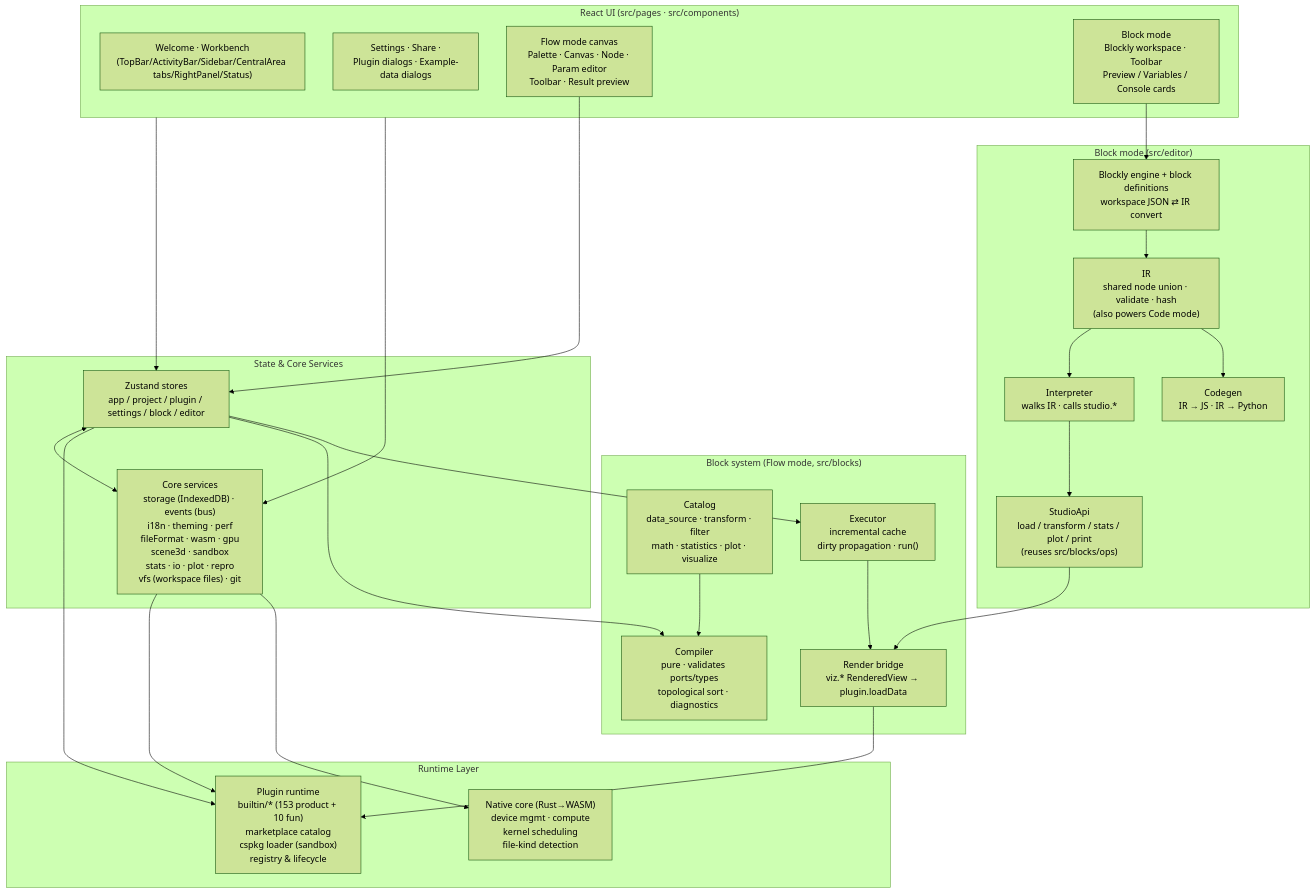
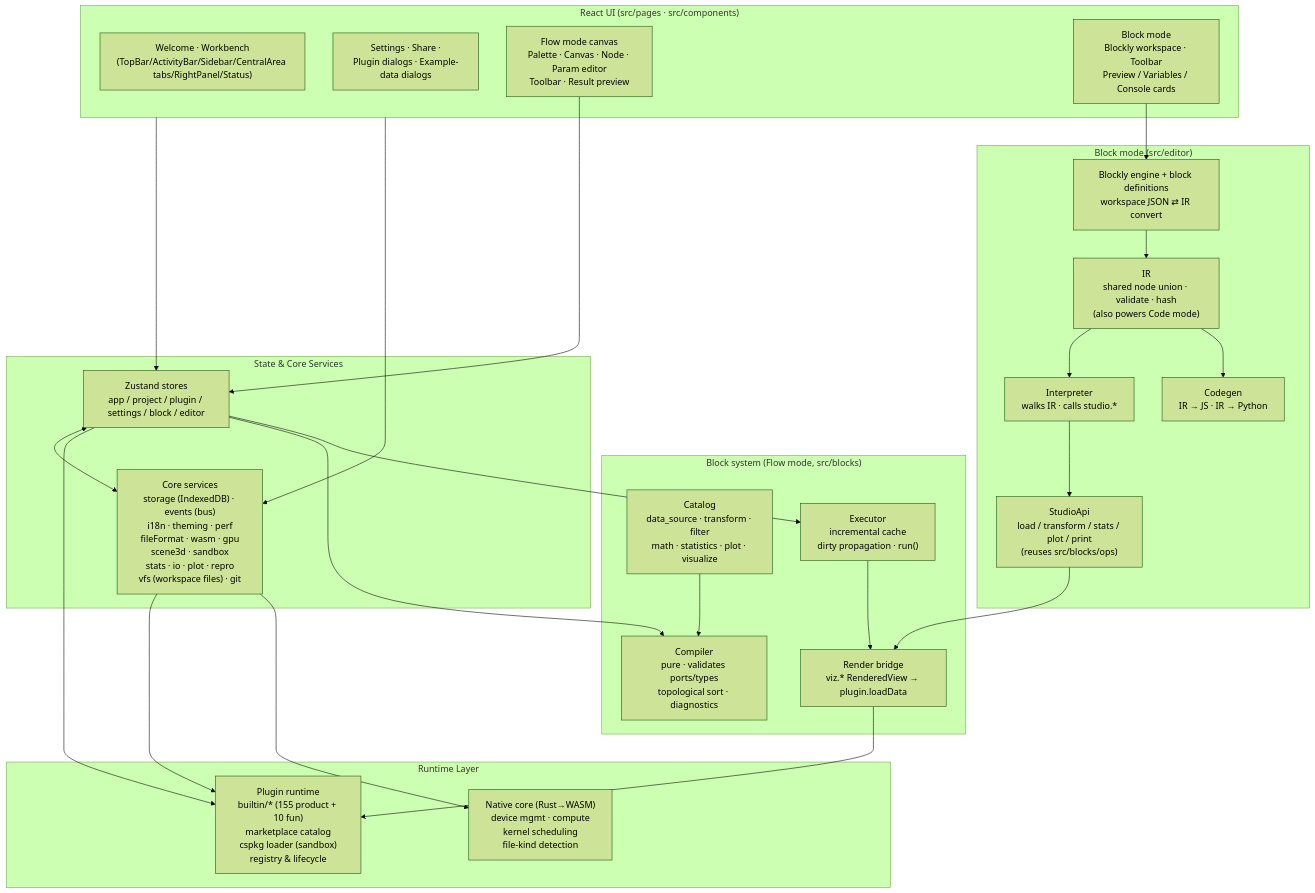
One commit to SnowLeopard-io/ErgalicsStudio changed the diagram in docs/guide/architecture.md. Above: the diagram before and after it, drawn with Mermaid (forest theme). The commit also changed 44 other files, not shown here.

````diff
--- a/docs/guide/architecture.md
+++ b/docs/guide/architecture.md
@@ -5,53 +5,53 @@
 ```mermaid
 flowchart TB
     subgraph UI["React UI (src/pages · src/components)"]
         A1["Welcome · Workbench<br/>(TopBar/ActivityBar/Sidebar/CentralArea tabs/RightPanel/Status)"]
         A2["Settings · Share ·<br/>Plugin dialogs · Example-data dialogs"]
         A3["Flow mode canvas<br/>Palette · Canvas · Node · Param editor<br/>Toolbar · Result preview"]
         A4["Block mode<br/>Blockly workspace · Toolbar<br/>Preview / Variables / Console cards"]
     end
 
     subgraph State["State & Core Services"]
         B1["Zustand stores<br/>app / project / plugin / settings / block / editor"]
         B2["Core services<br/>storage (IndexedDB) · events (bus)<br/>i18n · theming · perf<br/>fileFormat · wasm · gpu<br/>scene3d · sandbox<br/>stats · io · plot · repro<br/>vfs (workspace files) · git"]
     end
 
     subgraph Blocks["Block system (Flow mode, src/blocks)"]
         D1["Catalog<br/>data_source · transform · filter<br/>math · statistics · plot · visualize"]
         D2["Compiler<br/>pure · validates ports/types<br/>topological sort · diagnostics"]
         D3["Executor<br/>incremental cache<br/>dirty propagation · run()"]
         D4["Render bridge<br/>viz.* RenderedView → plugin.loadData"]
     end
 
     subgraph Editor["Block mode (src/editor)"]
         E1["IR<br/>shared node union · validate · hash<br/>(also powers Code mode)"]
         E2["Blockly engine + block definitions<br/>workspace JSON ⇄ IR convert"]
         E3["Interpreter<br/>walks IR · calls studio.*"]
         E4["Codegen<br/>IR → JS · IR → Python"]
         E5["StudioApi<br/>load / transform / stats / plot / print<br/>(reuses src/blocks/ops)"]
     end
 
     subgraph Runtime["Runtime Layer"]
-        C1["Plugin runtime<br/>builtin/* (153 product + 10 fun)<br/>marketplace catalog<br/>cspkg loader (sandbox)<br/>registry & lifecycle"]
+        C1["Plugin runtime<br/>builtin/* (155 product + 10 fun)<br/>marketplace catalog<br/>cspkg loader (sandbox)<br/>registry & lifecycle"]
         C2["Native core (Rust→WASM)<br/>device mgmt · compute<br/>kernel scheduling<br/>file-kind detection"]
     end
 
     UI --> B1
     UI --> B2
     B1 <--> B2
     B1 --> C1
     B2 --> C1
     B2 --> C2
     A3 --> B1
     B1 --> D2
     B1 --> D3
     D1 --> D2
     D3 --> D4
     D4 --> C1
     A4 --> E2
     E2 --> E1
     E1 --> E3
     E1 --> E4
     E3 --> E5
     E5 --> D4
 ```
````
